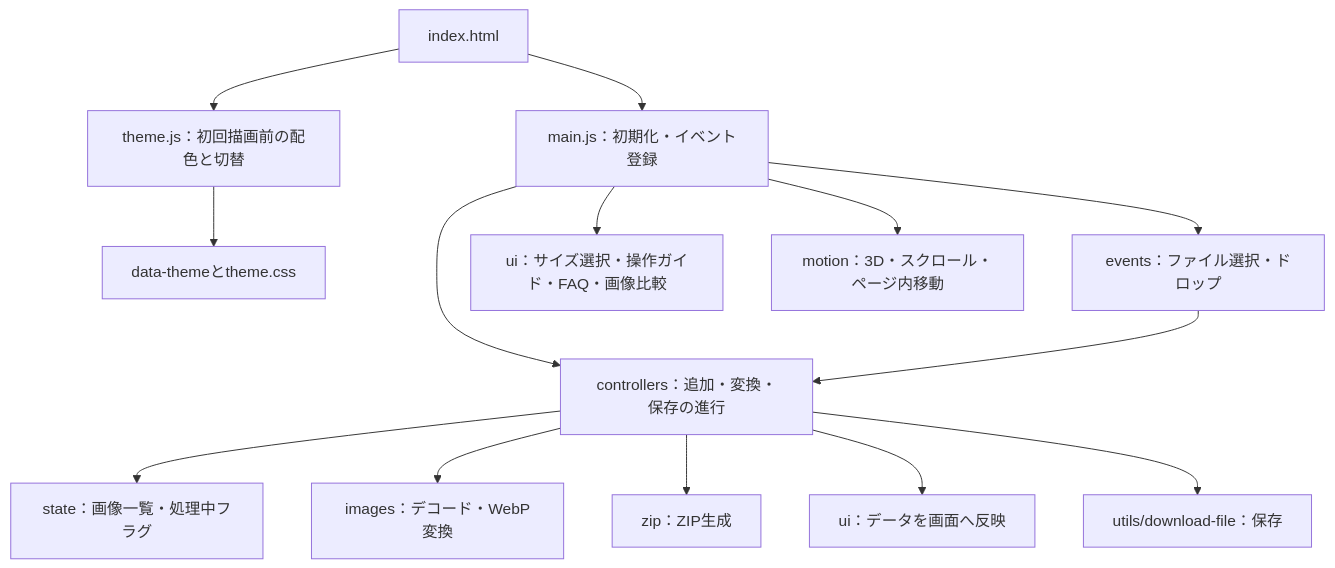
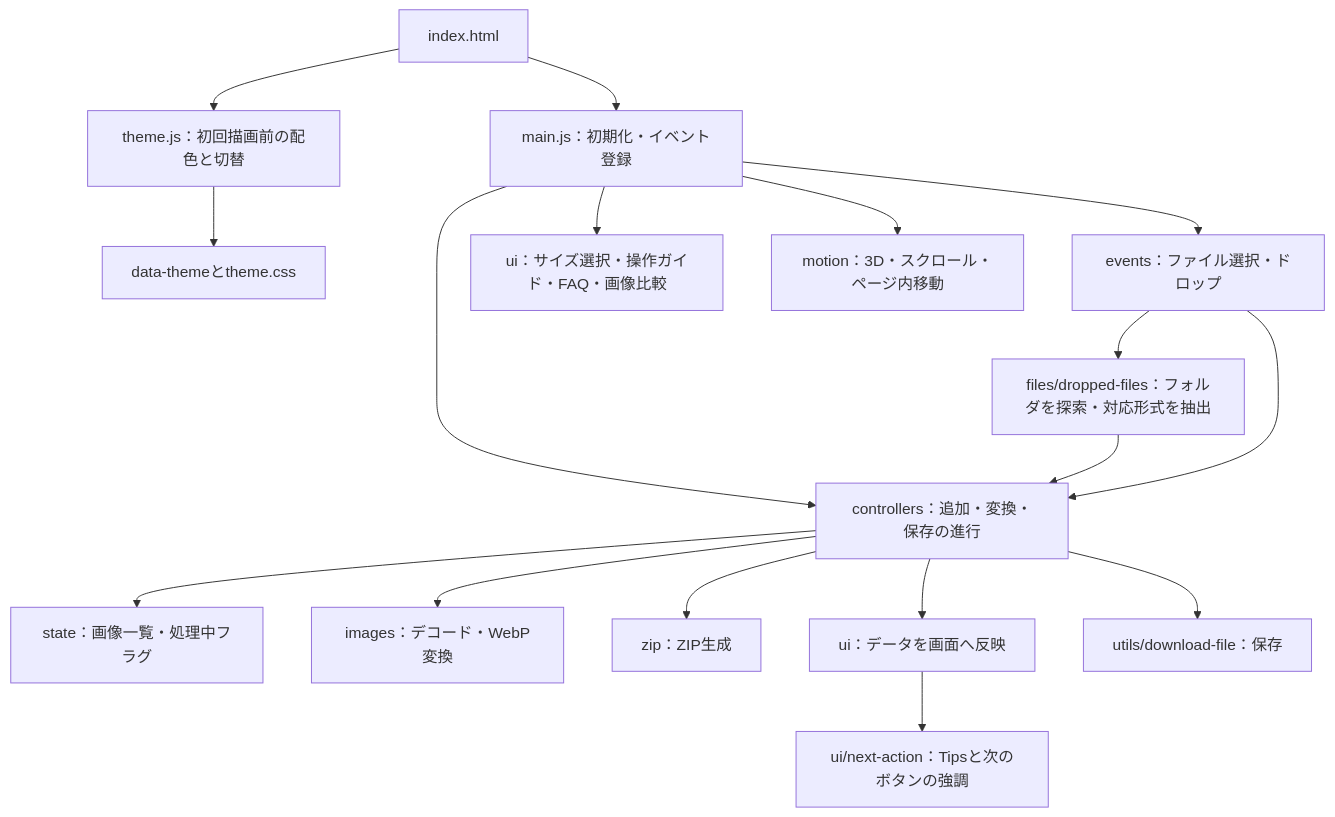
Before and after one commit to Syo-M/WebPImageConverter: the first of 2 diagrams in README.md, drawn with Mermaid. The commit also changed other lines of this file and 11 other files, not shown here.

````diff
--- a/README.md
+++ b/README.md
@@ -169,16 +189,19 @@
 ```mermaid
 flowchart TD
   HTML["index.html"] --> Main["main.js：初期化・イベント登録"]
   HTML --> Theme["theme.js：初回描画前の配色と切替"]
   Theme --> ThemeCSS["data-themeとtheme.css"]
   Main --> Events["events：ファイル選択・ドロップ"]
   Main --> Interactions["ui：サイズ選択・操作ガイド・FAQ・画像比較"]
   Main --> Motion["motion：3D・スクロール・ページ内移動"]
   Main --> Controllers["controllers：追加・変換・保存の進行"]
+  Events --> Folders["files/dropped-files：フォルダを探索・対応形式を抽出"]
+  Folders --> Controllers
   Events --> Controllers
   Controllers --> State["state：画像一覧・処理中フラグ"]
   Controllers --> Images["images：デコード・WebP変換"]
   Controllers --> Zip["zip：ZIP生成"]
   Controllers --> UI["ui：データを画面へ反映"]
+  UI --> Next["ui/next-action：Tipsと次のボタンの強調"]
   Controllers --> Download["utils/download-file：保存"]
 ```
````
